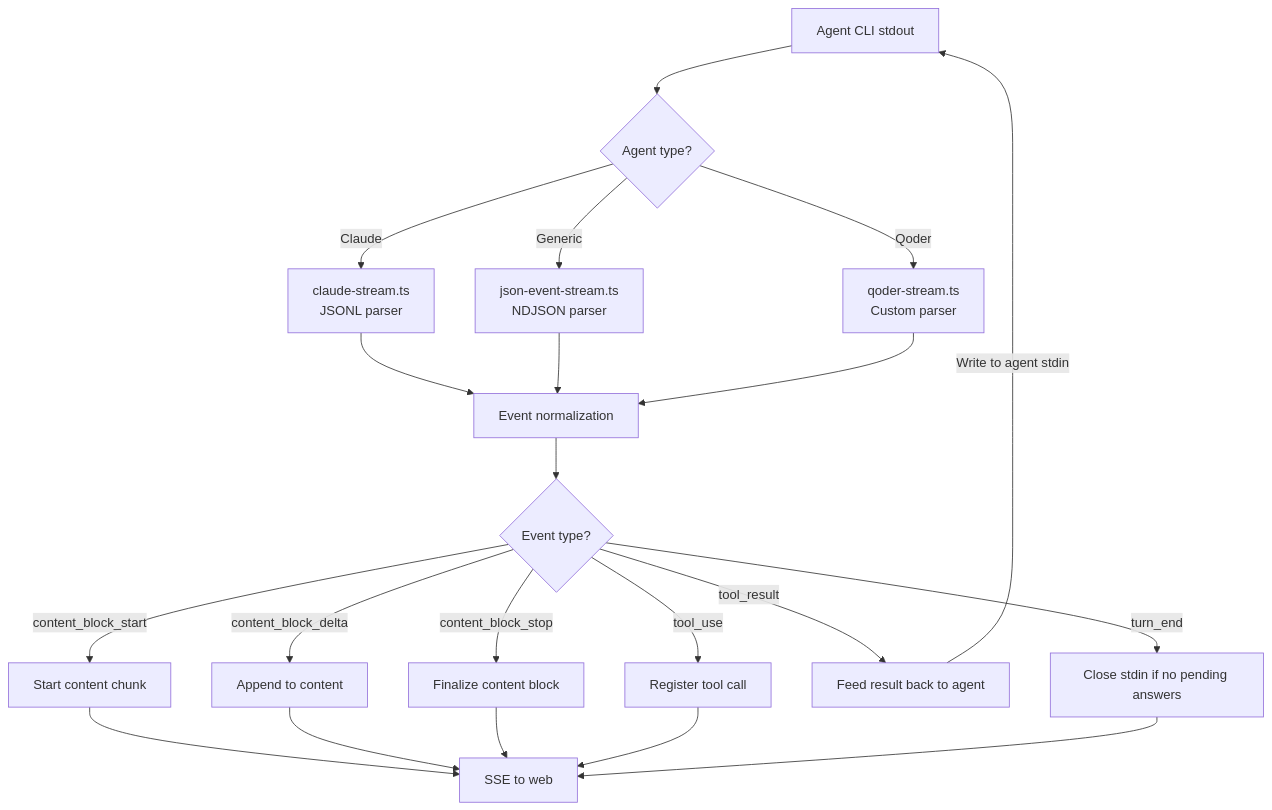
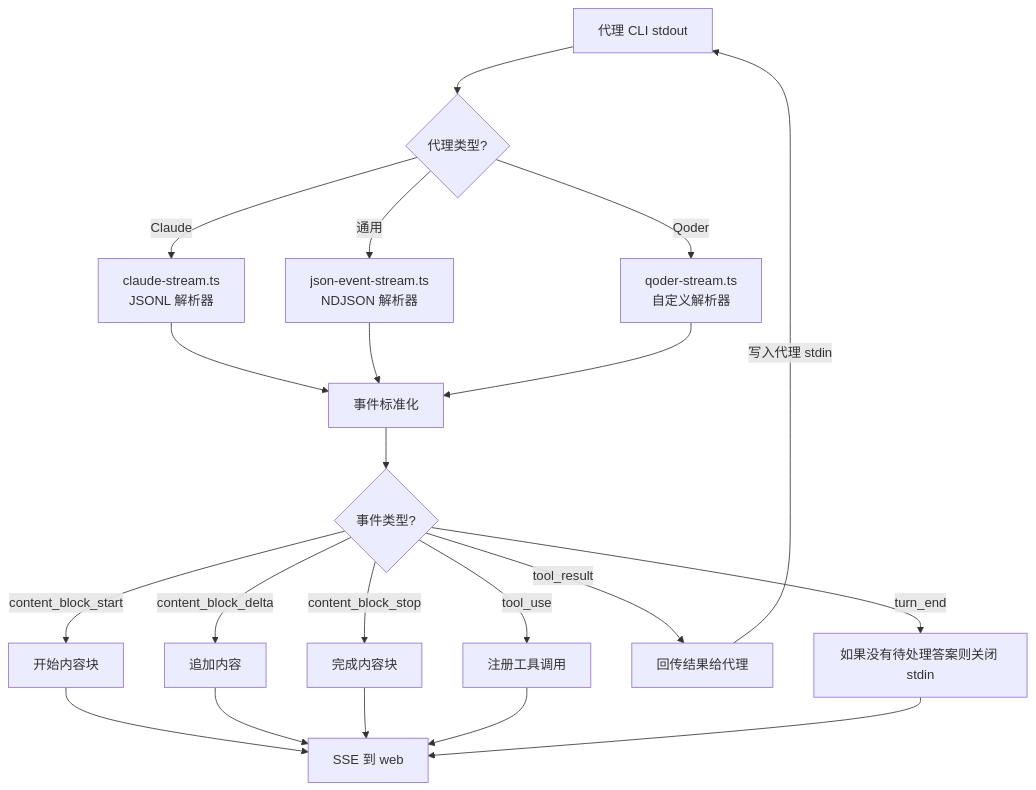
Diagram 11 of 12 in docs/codebase/ARCHITECTURE.md (nmsn/open-design), drawn with Mermaid before and after one commit. The commit also changed other lines of this file and 2 other files, not shown here.

````diff
--- a/docs/codebase/ARCHITECTURE.md
+++ b/docs/codebase/ARCHITECTURE.md
@@ -326,26 +326,26 @@
 ```mermaid
 flowchart TD
-    A["Agent CLI stdout"] --> B{"Agent type?"}
-    B -->|"Claude"| C["claude-stream.ts<br/>JSONL parser"]
-    B -->|"Generic"| D["json-event-stream.ts<br/>NDJSON parser"]
-    B -->|"Qoder"| E["qoder-stream.ts<br/>Custom parser"]
+    A["代理 CLI stdout"] --> B{"代理类型?"}
+    B -->|"Claude"| C["claude-stream.ts<br/>JSONL 解析器"]
+    B -->|"通用"| D["json-event-stream.ts<br/>NDJSON 解析器"]
+    B -->|"Qoder"| E["qoder-stream.ts<br/>自定义解析器"]
 
-    C --> F["Event normalization"]
+    C --> F["事件标准化"]
     D --> F
     E --> F
 
-    F --> G{"Event type?"}
-    G -->|"content_block_start"| H["Start content chunk"]
-    G -->|"content_block_delta"| I["Append to content"]
-    G -->|"content_block_stop"| J["Finalize content block"]
-    G -->|"tool_use"| K["Register tool call"]
-    G -->|"tool_result"| L["Feed result back to agent"]
-    G -->|"turn_end"| M["Close stdin if no pending answers"]
+    F --> G{"事件类型?"}
+    G -->|"content_block_start"| H["开始内容块"]
+    G -->|"content_block_delta"| I["追加内容"]
+    G -->|"content_block_stop"| J["完成内容块"]
+    G -->|"tool_use"| K["注册工具调用"]
+    G -->|"tool_result"| L["回传结果给代理"]
+    G -->|"turn_end"| M["如果没有待处理答案则关闭 stdin"]
 
-    H --> N["SSE to web"]
+    H --> N["SSE 到 web"]
     I --> N
     J --> N
     K --> N
-    L -->|"Write to agent stdin"| A
+    L -->|"写入代理 stdin"| A
     M --> N
 ```
````
